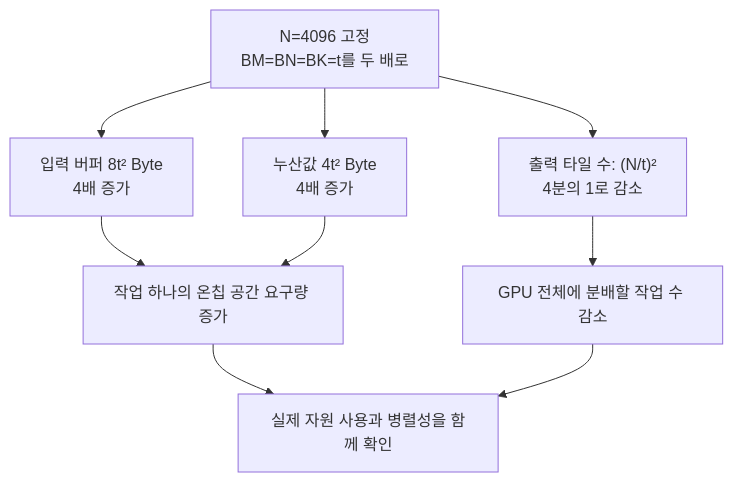
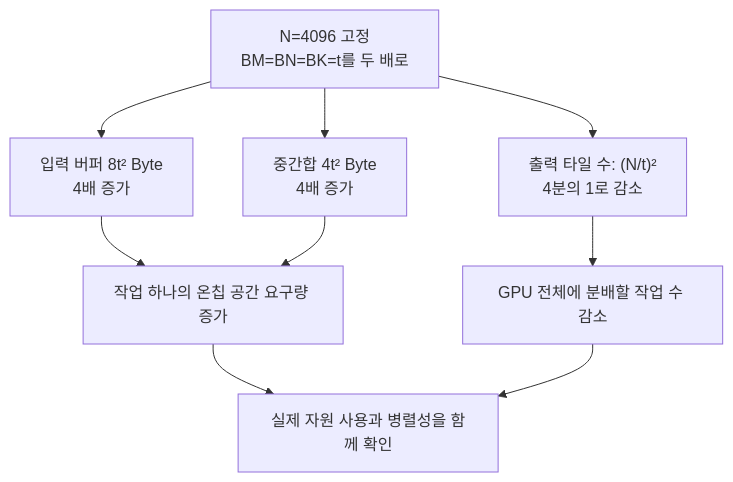
The sixth of 8 diagrams in week04/yblee.md (legato-user-group/tensor2slicon-lab), drawn with Mermaid before and after one commit. The commit also changed other lines of this file, not shown here.

````diff
--- a/week04/yblee.md
+++ b/week04/yblee.md
@@ -714,12 +714,12 @@
 ```mermaid
 flowchart TB
     GROW["N=4096 고정<br/>BM=BN=BK=t를 두 배로"]
     GROW --> INPUT["입력 버퍼 8t² Byte<br/>4배 증가"]
-    GROW --> ACC["누산값 4t² Byte<br/>4배 증가"]
+    GROW --> ACC["중간합 4t² Byte<br/>4배 증가"]
     GROW --> COUNT["출력 타일 수: (N/t)²<br/>4분의 1로 감소"]
     INPUT --> RESOURCE["작업 하나의 온칩 공간 요구량 증가"]
     ACC --> RESOURCE
     COUNT --> WORK["GPU 전체에 분배할 작업 수 감소"]
     RESOURCE --> CHECK["실제 자원 사용과 병렬성을 함께 확인"]
     WORK --> CHECK
 ```
````
